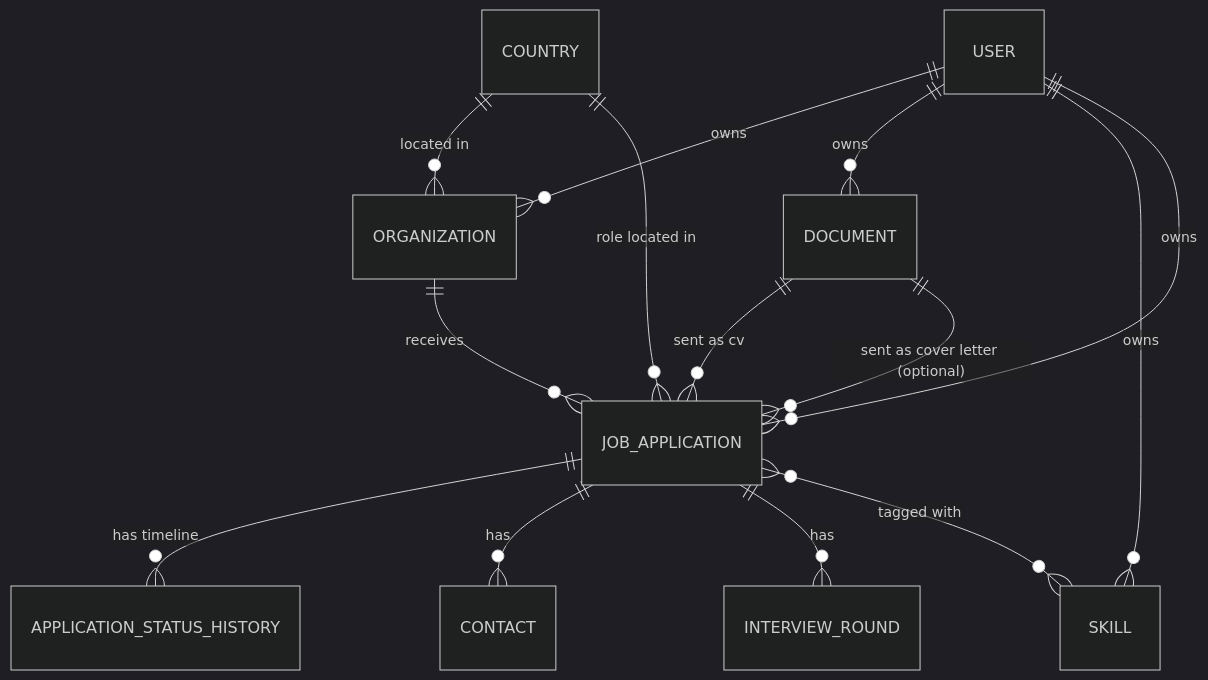
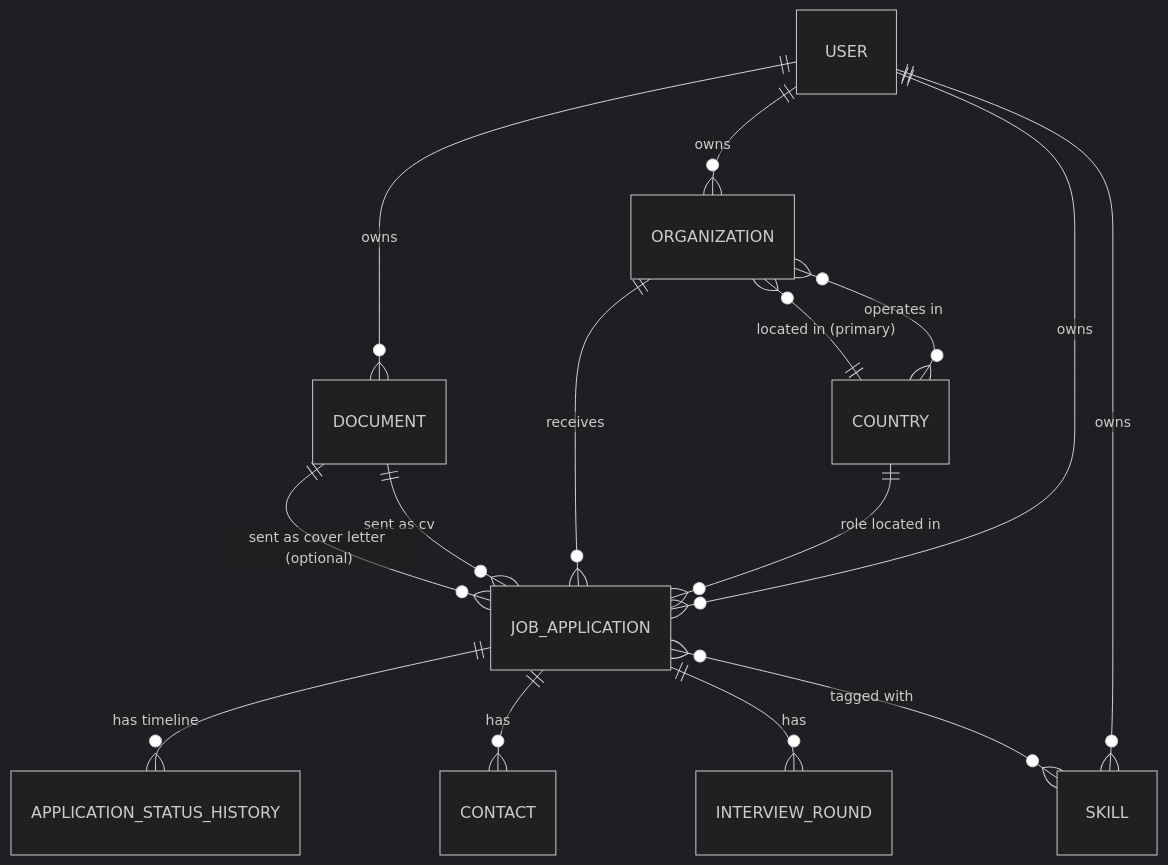
Before and after one commit to mihai2000q/CvTracker: the diagram in docs/01-domain-model.md, drawn with Mermaid (dark theme). The commit also changed other lines of this file and 2 other files, not shown here.

Commit message:
Update Documentation - Add Organization In Countries and Job Application Has Skills

````diff
--- a/docs/01-domain-model.md
+++ b/docs/01-domain-model.md
@@ -142,16 +168,17 @@
 ```mermaid
 erDiagram
     USER ||--o{ ORGANIZATION : "owns"
     USER ||--o{ DOCUMENT : "owns"
     USER ||--o{ SKILL : "owns"
     USER ||--o{ JOB_APPLICATION : "owns"
-    COUNTRY ||--o{ ORGANIZATION : "located in"
+    COUNTRY ||--o{ ORGANIZATION : "located in (primary)"
     COUNTRY ||--o{ JOB_APPLICATION : "role located in"
+    ORGANIZATION }o--o{ COUNTRY : "operates in"
     ORGANIZATION ||--o{ JOB_APPLICATION : "receives"
     DOCUMENT ||--o{ JOB_APPLICATION : "sent as cv"
     DOCUMENT ||--o{ JOB_APPLICATION : "sent as cover letter (optional)"
     JOB_APPLICATION ||--o{ APPLICATION_STATUS_HISTORY : "has timeline"
     JOB_APPLICATION ||--o{ CONTACT : "has"
     JOB_APPLICATION ||--o{ INTERVIEW_ROUND : "has"
     JOB_APPLICATION }o--o{ SKILL : "tagged with"
 ```
````
